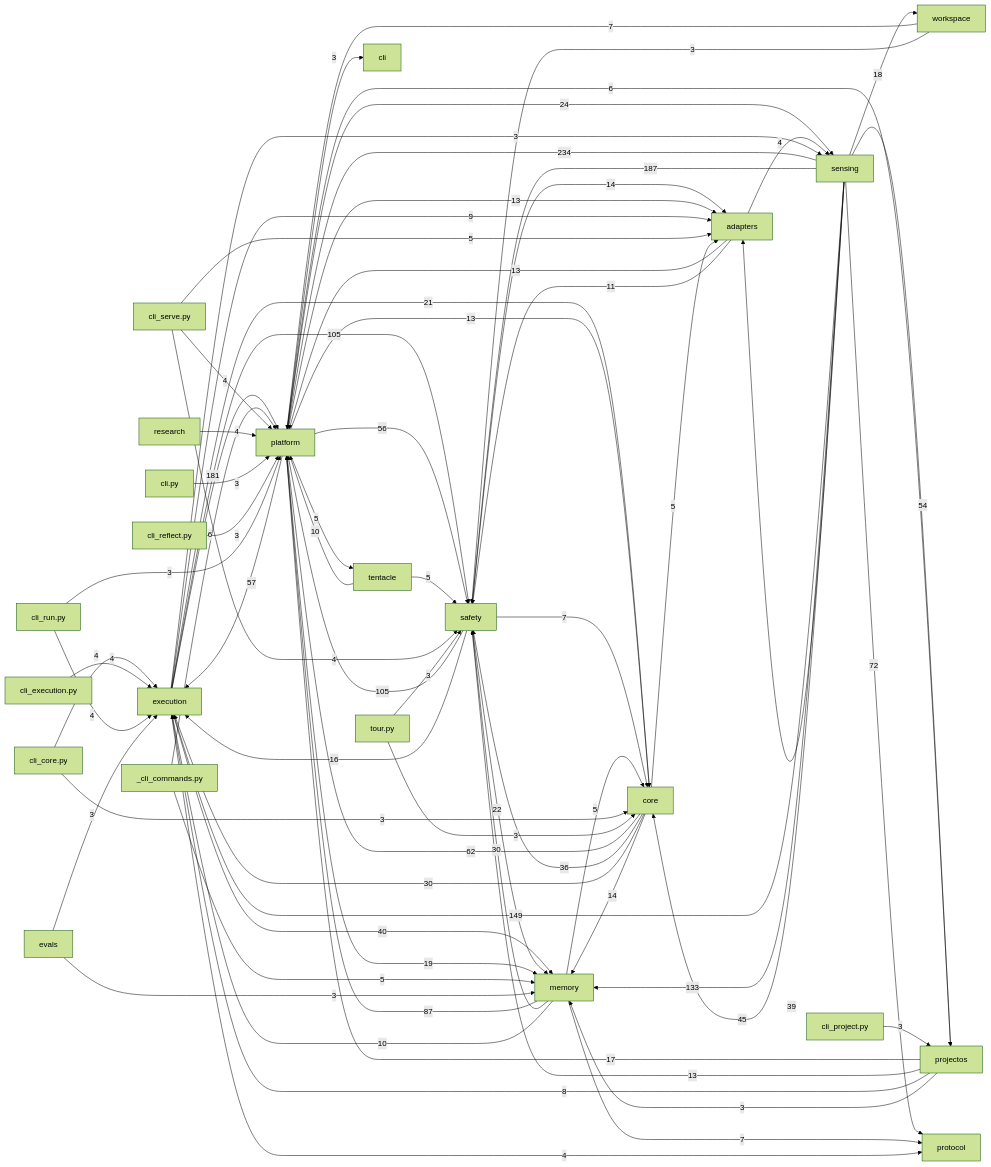
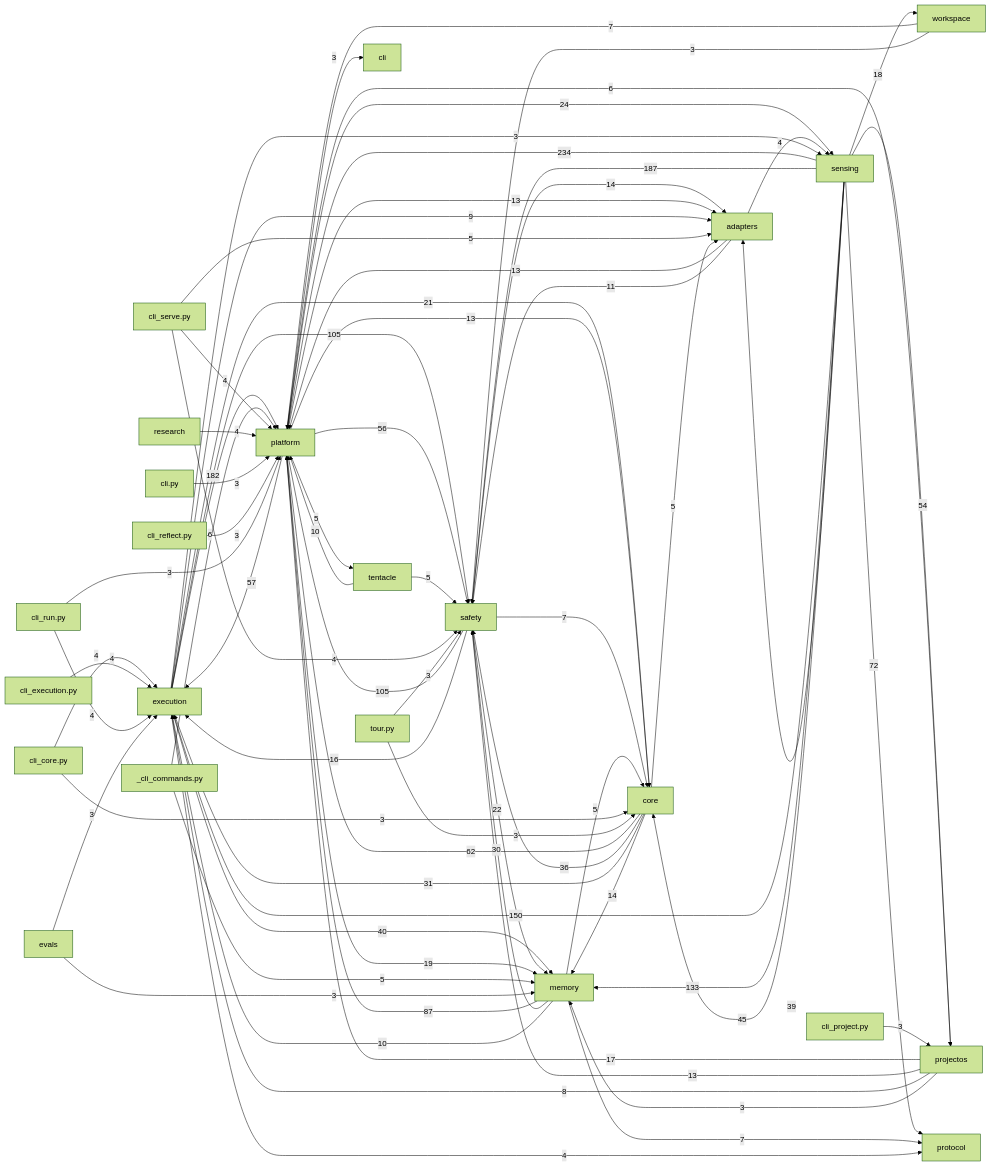
One commit to dengdenghua/echo-ai changed the diagram in docs/auto/20-backend/index.md. Above: the diagram before and after it, drawn with Mermaid (forest theme). The commit also changed 14 other files, not shown here.

````diff
--- a/docs/auto/20-backend/index.md
+++ b/docs/auto/20-backend/index.md
@@ -26,79 +26,79 @@
 ```mermaid
 graph LR
   execution[execution]
   core[core]
   safety[safety]
   memory[memory]
   sensing[sensing]
   adapters[adapters]
   platform[platform]
   sensing -- 234 --> platform
   sensing -- 187 --> safety
-  execution -- 181 --> platform
-  sensing -- 149 --> execution
+  execution -- 182 --> platform
+  sensing -- 150 --> execution
   sensing -- 133 --> memory
   execution -- 105 --> safety
   safety -- 105 --> platform
   memory -- 87 --> platform
   sensing -- 72 --> protocol
   core -- 62 --> platform
   platform -- 57 --> execution
   platform -- 56 --> safety
   sensing -- 54 --> projectos
   sensing -- 45 --> core
   execution -- 40 --> memory
   sensing -- 39 --> adapters
   core -- 36 --> safety
-  core -- 30 --> execution
+  core -- 31 --> execution
   memory -- 30 --> safety
   platform -- 24 --> sensing
   safety -- 22 --> memory
   execution -- 21 --> core
   platform -- 19 --> memory
   sensing -- 18 --> workspace
   projectos -- 17 --> platform
   safety -- 16 --> execution
   core -- 14 --> memory
   safety -- 14 --> adapters
   adapters -- 13 --> platform
   platform -- 13 --> adapters
   platform -- 13 --> core
   projectos -- 13 --> safety
   adapters -- 11 --> safety
   memory -- 10 --> execution
   tentacle -- 10 --> platform
   execution -- 9 --> adapters
   projectos -- 8 --> execution
   memory -- 7 --> protocol
   safety -- 7 --> core
   workspace -- 7 --> platform
   _cli_commands.py -- 6 --> platform
   platform -- 6 --> projectos
   _cli_commands.py -- 5 --> memory
   cli_serve.py -- 5 --> adapters
   core -- 5 --> adapters
   memory -- 5 --> core
   platform -- 5 --> tentacle
   tentacle -- 5 --> safety
   adapters -- 4 --> sensing
   cli_core.py -- 4 --> execution
   cli_execution.py -- 4 --> execution
   cli_run.py -- 4 --> execution
   cli_serve.py -- 4 --> platform
   cli_serve.py -- 4 --> safety
   execution -- 4 --> protocol
   research -- 4 --> platform
   cli.py -- 3 --> platform
   cli_core.py -- 3 --> core
   cli_project.py -- 3 --> projectos
   cli_reflect.py -- 3 --> platform
   cli_run.py -- 3 --> platform
   evals -- 3 --> execution
   evals -- 3 --> memory
   execution -- 3 --> sensing
   platform -- 3 --> cli
   projectos -- 3 --> memory
   tour.py -- 3 --> core
   tour.py -- 3 --> safety
   workspace -- 3 --> safety
 ```
````
